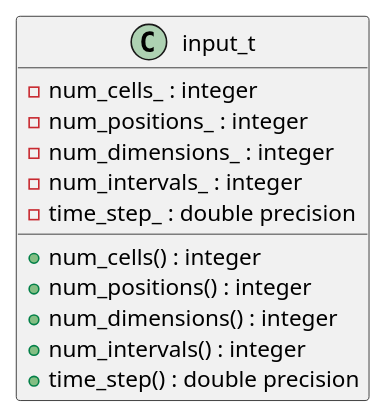
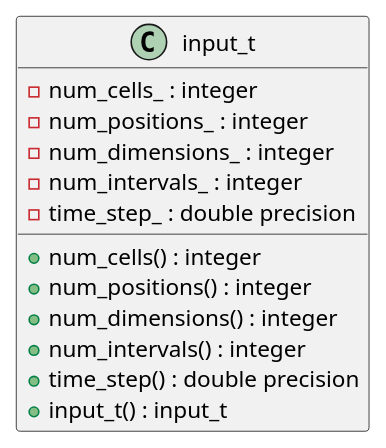
Before and after one commit to BerkeleyLab/matcha: the diagram in doc/input-class-diagram.puml, drawn with PlantUML.

Commit message:
doc(input_t): add constructor to class diagram

```diff
--- a/doc/input-class-diagram.puml
+++ b/doc/input-class-diagram.puml
@@ -1,16 +1,17 @@
 @startuml
 
 class input_t {
   - num_cells_ : integer 
   - num_positions_ : integer 
   - num_dimensions_ : integer 
   - num_intervals_ : integer
   - time_step_ : double precision
   + num_cells() : integer
   + num_positions() : integer
   + num_dimensions() : integer
   + num_intervals() : integer
   + time_step() : double precision
+  + input_t() : input_t
 }
 
 @enduml
```
